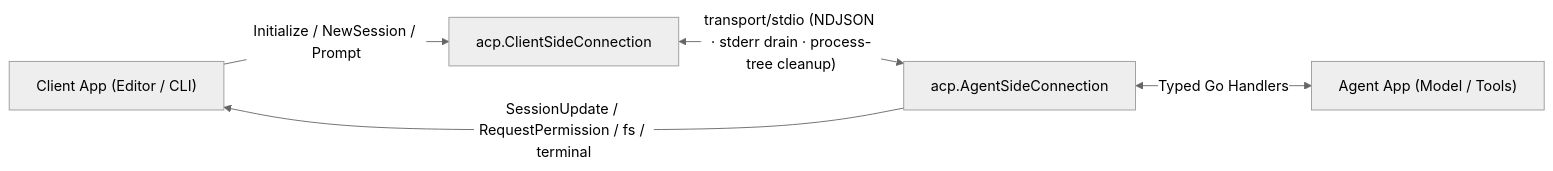
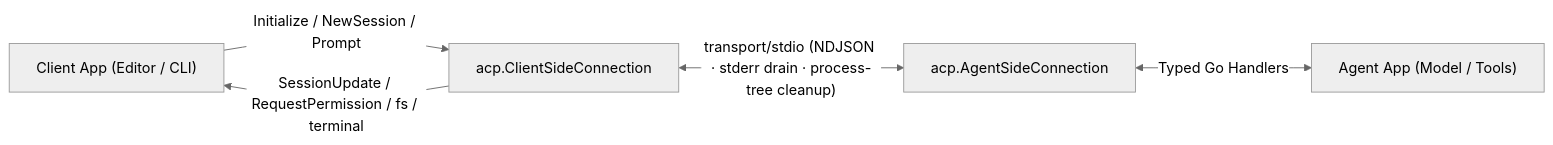
One commit to caelis-labs/acp-go-sdk changed the diagram in README.md. Above: the diagram before and after it, drawn with Mermaid (neutral theme). The commit also changed other lines of this file and 7 other files, not shown here.

````diff
--- a/README.md
+++ b/README.md
@@ -32,7 +32,7 @@
 ```mermaid
 flowchart LR
     Client["Client App (Editor / CLI)"] -->|"Initialize / NewSession / Prompt"| ClientConn["acp.ClientSideConnection"]
+    ClientConn -->|"SessionUpdate / RequestPermission / fs / terminal"| Client
     ClientConn <-->|"transport/stdio (NDJSON · stderr drain · process-tree cleanup)"| AgentConn["acp.AgentSideConnection"]
-    AgentConn -->|"SessionUpdate / RequestPermission / fs / terminal"| Client
     AgentConn <-->|"Typed Go Handlers"| Agent["Agent App (Model / Tools)"]
 ```
````
